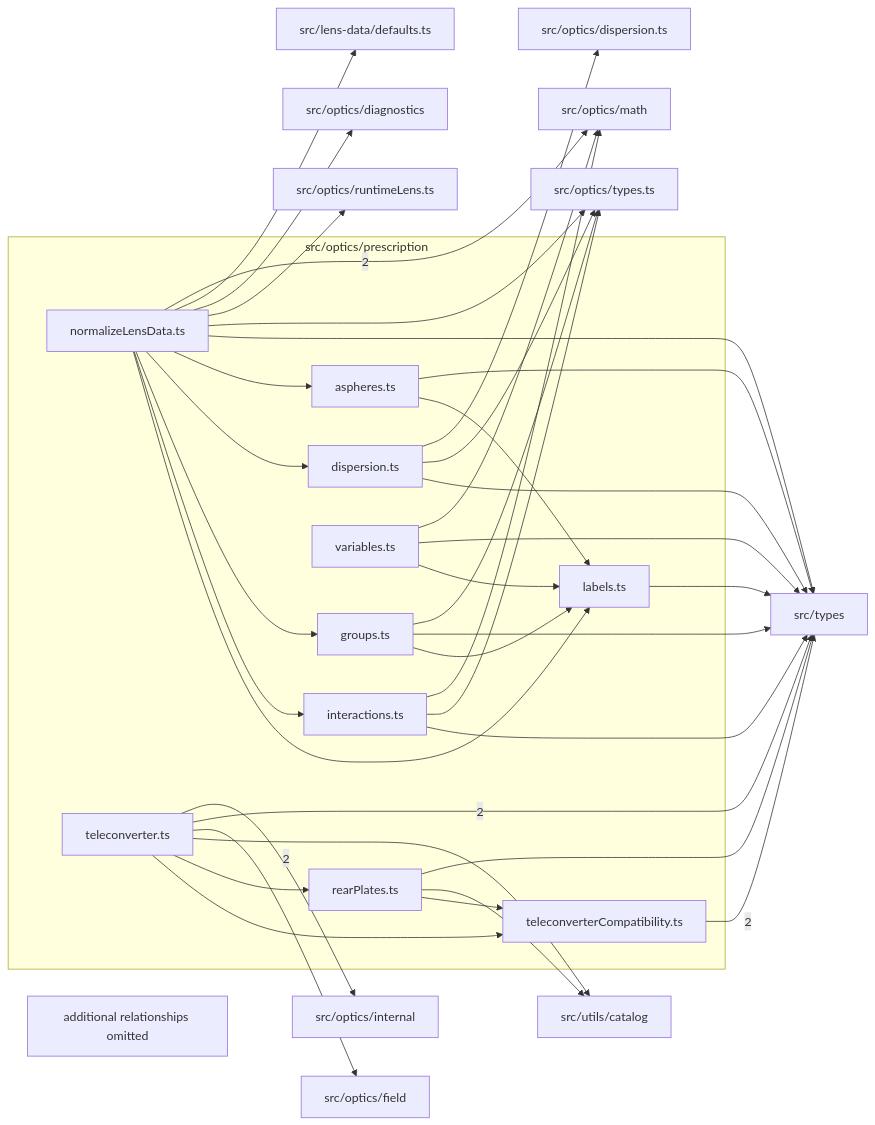
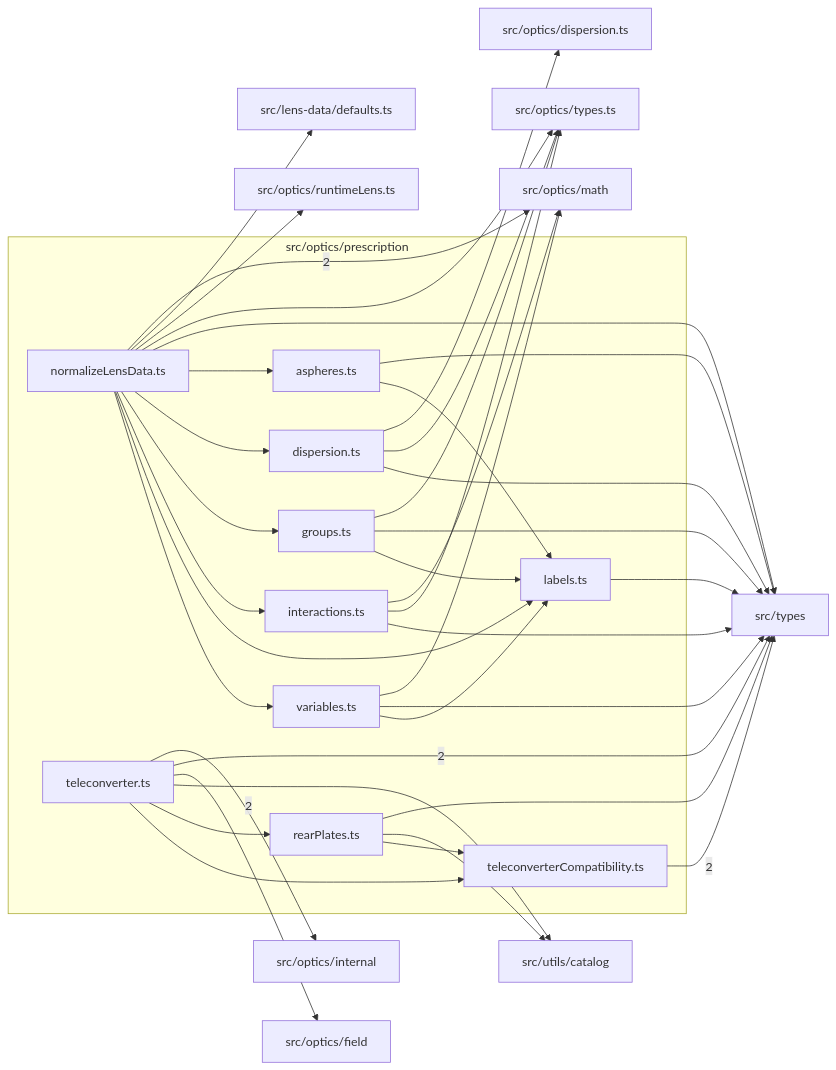
The diagram in src/optics/prescription/readme.md (BeamFour/LensVisualizer), drawn with Mermaid before and after one commit. The commit also changed other lines of this file and 53 other files, not shown here.

````diff
--- a/src/optics/prescription/readme.md
+++ b/src/optics/prescription/readme.md
@@ -9,62 +9,60 @@
 ```mermaid
 flowchart LR
   subgraph n_src_optics_prescription["src/optics/prescription"]
     n_src_optics_prescription_src_optics_prescription_aspheres_ts["aspheres.ts"]
     n_src_optics_prescription_src_optics_prescription_dispersion_ts["dispersion.ts"]
     n_src_optics_prescription_src_optics_prescription_groups_ts["groups.ts"]
     n_src_optics_prescription_src_optics_prescription_interactions_ts["interactions.ts"]
     n_src_optics_prescription_src_optics_prescription_labels_ts["labels.ts"]
     n_src_optics_prescription_src_optics_prescription_normalizeLensData_ts["normalizeLensData.ts"]
     n_src_optics_prescription_src_optics_prescription_rearPlates_ts["rearPlates.ts"]
     n_src_optics_prescription_src_optics_prescription_teleconverter_ts["teleconverter.ts"]
     n_src_optics_prescription_src_optics_prescription_teleconverterCompatibility_ts["teleconverterCompatibility.ts"]
     n_src_optics_prescription_src_optics_prescription_variables_ts["variables.ts"]
   end
   n_external_src_optics_internal["src/optics/internal"]
   n_external_src_optics_math["src/optics/math"]
   n_external_src_types["src/types"]
   n_external_src_lens_data_defaults_ts["src/lens-data/defaults.ts"]
-  n_external_src_optics_diagnostics["src/optics/diagnostics"]
   n_external_src_optics_dispersion_ts["src/optics/dispersion.ts"]
   n_external_src_optics_field["src/optics/field"]
   n_external_src_optics_runtimeLens_ts["src/optics/runtimeLens.ts"]
   n_external_src_optics_types_ts["src/optics/types.ts"]
   n_external_src_utils_catalog["src/utils/catalog"]
   n_src_optics_prescription_src_optics_prescription_teleconverter_ts --> |2| n_external_src_optics_internal
   n_src_optics_prescription_src_optics_prescription_normalizeLensData_ts --> |2| n_external_src_optics_math
   n_src_optics_prescription_src_optics_prescription_teleconverter_ts --> |2| n_external_src_types
   n_src_optics_prescription_src_optics_prescription_teleconverterCompatibility_ts --> |2| n_external_src_types
   n_src_optics_prescription_src_optics_prescription_normalizeLensData_ts --> n_external_src_lens_data_defaults_ts
-  n_src_optics_prescription_src_optics_prescription_normalizeLensData_ts --> n_external_src_optics_diagnostics
   n_src_optics_prescription_src_optics_prescription_dispersion_ts --> n_external_src_optics_dispersion_ts
   n_src_optics_prescription_src_optics_prescription_teleconverter_ts --> n_external_src_optics_field
   n_src_optics_prescription_src_optics_prescription_interactions_ts --> n_external_src_optics_math
   n_src_optics_prescription_src_optics_prescription_variables_ts --> n_external_src_optics_math
   n_src_optics_prescription_src_optics_prescription_normalizeLensData_ts --> n_external_src_optics_runtimeLens_ts
   n_src_optics_prescription_src_optics_prescription_dispersion_ts --> n_external_src_optics_types_ts
   n_src_optics_prescription_src_optics_prescription_groups_ts --> n_external_src_optics_types_ts
   n_src_optics_prescription_src_optics_prescription_interactions_ts --> n_external_src_optics_types_ts
   n_src_optics_prescription_src_optics_prescription_normalizeLensData_ts --> n_external_src_optics_types_ts
   n_src_optics_prescription_src_optics_prescription_aspheres_ts --> n_external_src_types
   n_src_optics_prescription_src_optics_prescription_dispersion_ts --> n_external_src_types
   n_src_optics_prescription_src_optics_prescription_groups_ts --> n_external_src_types
   n_src_optics_prescription_src_optics_prescription_interactions_ts --> n_external_src_types
   n_src_optics_prescription_src_optics_prescription_labels_ts --> n_external_src_types
   n_src_optics_prescription_src_optics_prescription_normalizeLensData_ts --> n_external_src_types
   n_src_optics_prescription_src_optics_prescription_rearPlates_ts --> n_external_src_types
   n_src_optics_prescription_src_optics_prescription_variables_ts --> n_external_src_types
   n_src_optics_prescription_src_optics_prescription_rearPlates_ts --> n_external_src_utils_catalog
   n_src_optics_prescription_src_optics_prescription_teleconverter_ts --> n_external_src_utils_catalog
   n_src_optics_prescription_src_optics_prescription_normalizeLensData_ts --> n_src_optics_prescription_src_optics_prescription_aspheres_ts
   n_src_optics_prescription_src_optics_prescription_normalizeLensData_ts --> n_src_optics_prescription_src_optics_prescription_dispersion_ts
   n_src_optics_prescription_src_optics_prescription_normalizeLensData_ts --> n_src_optics_prescription_src_optics_prescription_groups_ts
   n_src_optics_prescription_src_optics_prescription_normalizeLensData_ts --> n_src_optics_prescription_src_optics_prescription_interactions_ts
   n_src_optics_prescription_src_optics_prescription_aspheres_ts --> n_src_optics_prescription_src_optics_prescription_labels_ts
   n_src_optics_prescription_src_optics_prescription_groups_ts --> n_src_optics_prescription_src_optics_prescription_labels_ts
   n_src_optics_prescription_src_optics_prescription_normalizeLensData_ts --> n_src_optics_prescription_src_optics_prescription_labels_ts
   n_src_optics_prescription_src_optics_prescription_variables_ts --> n_src_optics_prescription_src_optics_prescription_labels_ts
   n_src_optics_prescription_src_optics_prescription_teleconverter_ts --> n_src_optics_prescription_src_optics_prescription_rearPlates_ts
   n_src_optics_prescription_src_optics_prescription_rearPlates_ts --> n_src_optics_prescription_src_optics_prescription_teleconverterCompatibility_ts
   n_src_optics_prescription_src_optics_prescription_teleconverter_ts --> n_src_optics_prescription_src_optics_prescription_teleconverterCompatibility_ts
-  n_src_optics_prescription_truncated["additional relationships omitted"]
+  n_src_optics_prescription_src_optics_prescription_normalizeLensData_ts --> n_src_optics_prescription_src_optics_prescription_variables_ts
 ```
````
